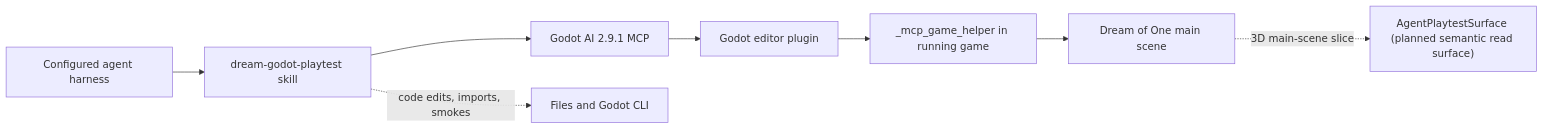
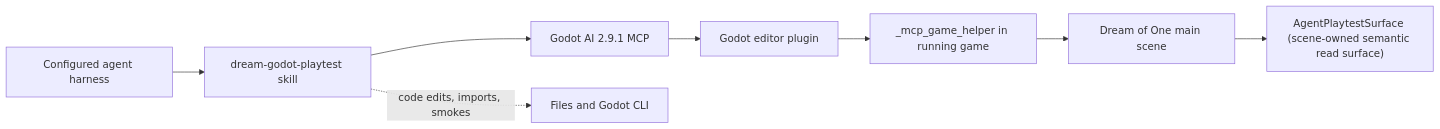
The diagram in docs/tech/godot-ai-playtest.md (gigio1023/dream-of-one), drawn with Mermaid before and after one commit. The commit also changed other lines of this file and 42 other files, not shown here.

````diff
--- a/docs/tech/godot-ai-playtest.md
+++ b/docs/tech/godot-ai-playtest.md
@@ -102,10 +108,10 @@
 ```mermaid
 flowchart LR
     A["Configured agent harness"] --> S["dream-godot-playtest skill"]
     S --> M["Godot AI 2.9.1 MCP"]
     M --> E["Godot editor plugin"]
     E --> H["_mcp_game_helper in running game"]
     H --> G["Dream of One main scene"]
-    G -. "3D main-scene slice" .-> P["AgentPlaytestSurface (planned semantic read surface)"]
+    G --> P["AgentPlaytestSurface (scene-owned semantic read surface)"]
     S -. "code edits, imports, smokes" .-> C["Files and Godot CLI"]
 ```
````
